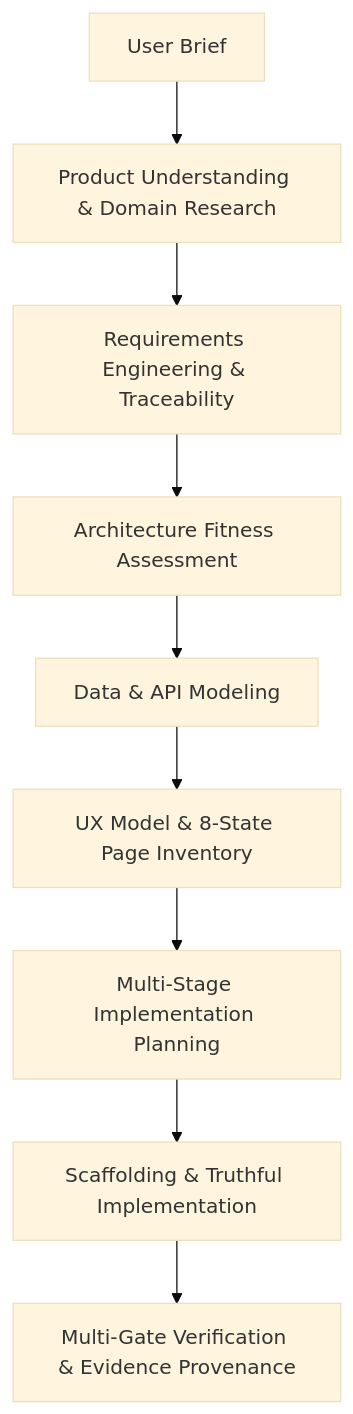
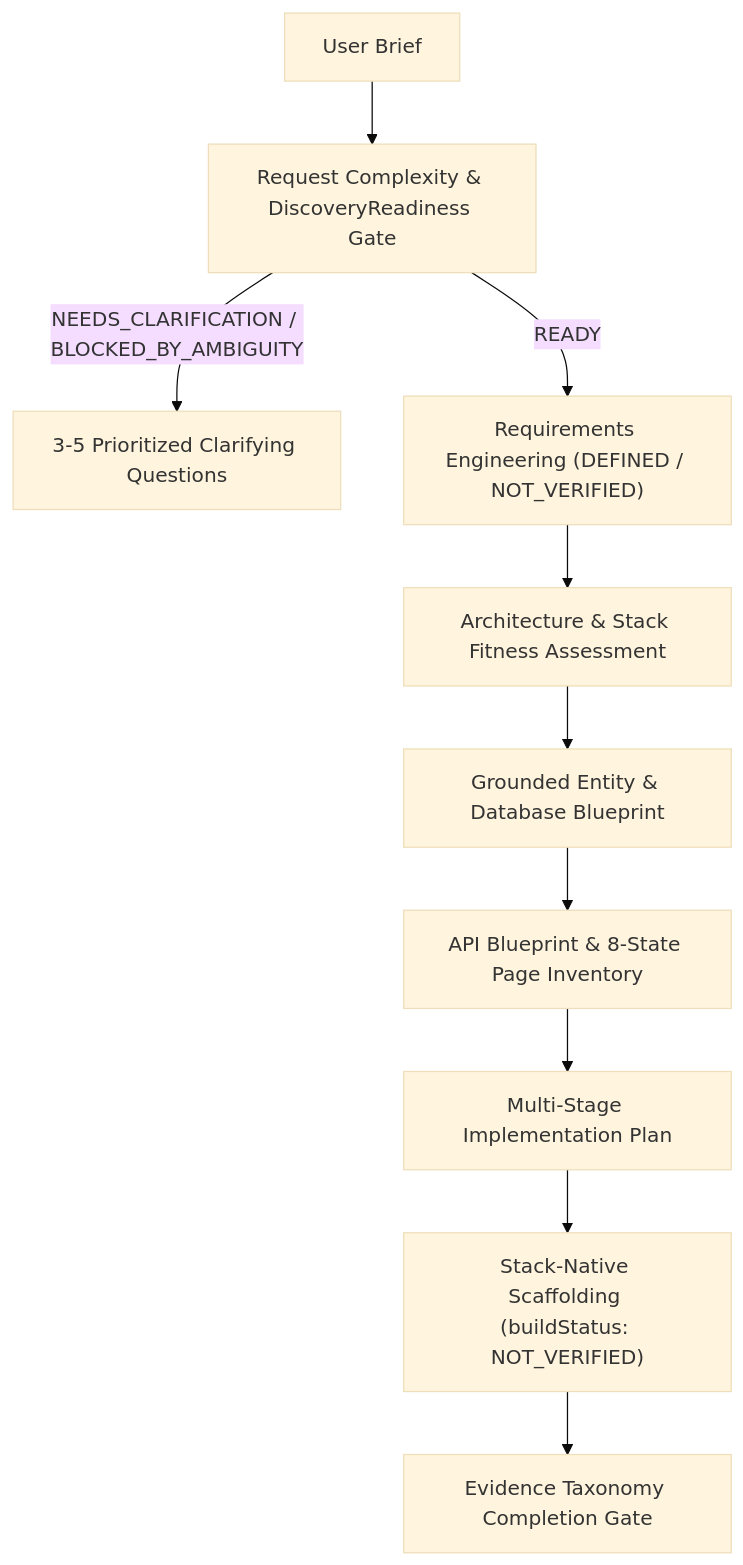
Before and after one commit to alperates58/alper-design-os: the diagram in docs/greenfield-generation.md, drawn with Mermaid (base theme). The commit also changed other lines of this file and 30 other files, not shown here.

Commit message:
fix(core): remediate architecture integrity audit P0 findings (Phase 1H.1)

````diff
--- a/docs/greenfield-generation.md
+++ b/docs/greenfield-generation.md
@@ -7,11 +7,12 @@
 ```mermaid
 flowchart TD
-    A["User Brief"] --> B["Product Understanding & Domain Research"]
-    B --> C["Requirements Engineering & Traceability"]
-    C --> D["Architecture Fitness Assessment"]
-    D --> E["Data & API Modeling"]
-    E --> F["UX Model & 8-State Page Inventory"]
-    F --> G["Multi-Stage Implementation Planning"]
-    G --> H["Scaffolding & Truthful Implementation"]
-    H --> I["Multi-Gate Verification & Evidence Provenance"]
+    A["User Brief"] --> B["Request Complexity & DiscoveryReadiness Gate"]
+    B -- "NEEDS_CLARIFICATION / BLOCKED_BY_AMBIGUITY" --> Q["3-5 Prioritized Clarifying Questions"]
+    B -- "READY" --> C["Requirements Engineering (DEFINED / NOT_VERIFIED)"]
+    C --> D["Architecture & Stack Fitness Assessment"]
+    D --> E["Grounded Entity & Database Blueprint"]
+    E --> F["API Blueprint & 8-State Page Inventory"]
+    F --> G["Multi-Stage Implementation Plan"]
+    G --> H["Stack-Native Scaffolding (buildStatus: NOT_VERIFIED)"]
+    H --> I["Evidence Taxonomy Completion Gate"]
 ```
````
